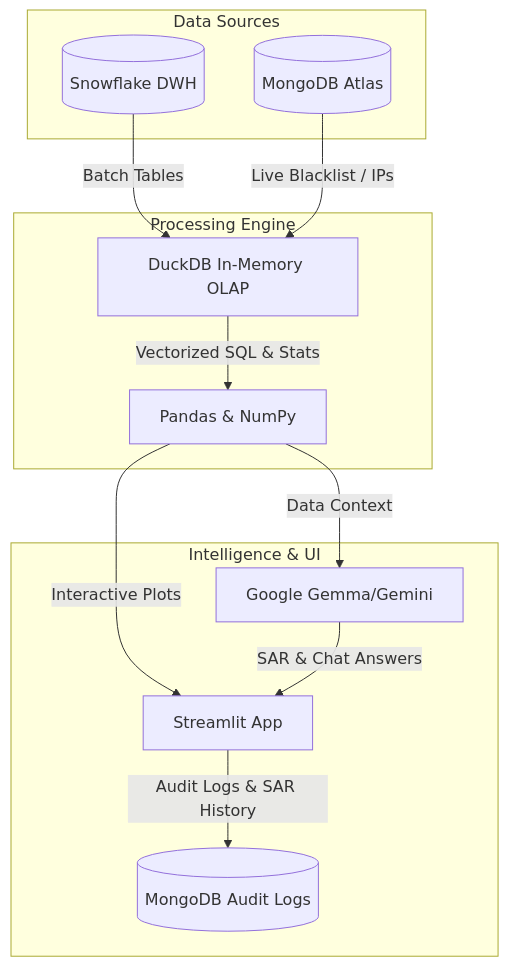
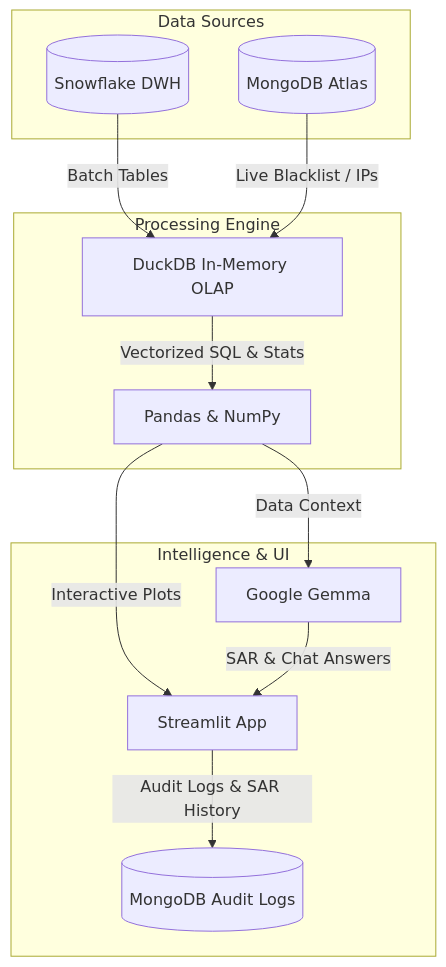
One commit to lynxe585/streamlit_project changed the diagram in README.md. Above: the diagram before and after it, drawn with Mermaid. The commit also changed other lines of this file, not shown here.

````diff
--- a/README.md
+++ b/README.md
@@ -52,23 +52,23 @@
 ```mermaid
 graph TD
     subgraph Data Sources
         SF[(Snowflake DWH)]
         MG[(MongoDB Atlas)]
     end
     subgraph Processing Engine
         DB[DuckDB In-Memory OLAP]
         PD[Pandas & NumPy]
     end
     subgraph Intelligence & UI
-        GM[Google Gemma/Gemini]
+        GM[Google Gemma]
         ST[Streamlit App]
         MG_AUDIT[(MongoDB Audit Logs)]
     end
     SF -->|Batch Tables| DB
     MG -->|Live Blacklist / IPs| DB
     DB -->|Vectorized SQL & Stats| PD
     PD -->|Data Context| GM
     PD -->|Interactive Plots| ST
     GM -->|SAR & Chat Answers| ST
     ST -->|Audit Logs & SAR History| MG_AUDIT
 ```
````
